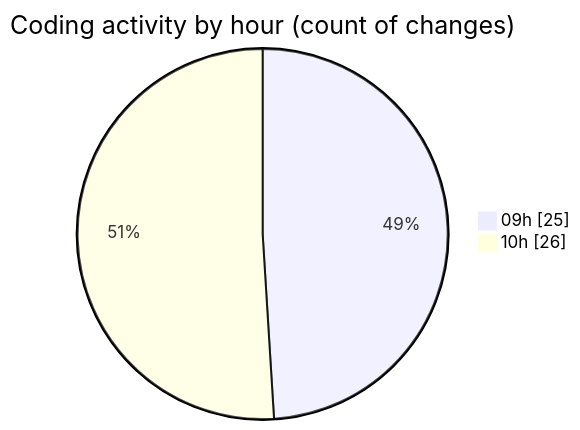
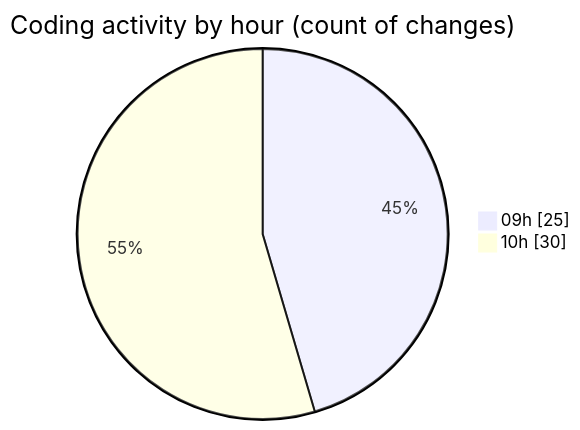
The second of 2 diagrams in 2025-11-18/cda/README.md (momahboobian/code-tracking), drawn with Mermaid before and after one commit. The commit also changed other lines of this file and 1 other file, not shown here.

````diff
--- a/2025-11-18/cda/README.md
+++ b/2025-11-18/cda/README.md
@@ -34,6 +34,6 @@
 ```mermaid
 pie showData
 title Coding activity by hour (count of changes)
 "09h" : 25
-"10h" : 26
+"10h" : 30
 ```
````
